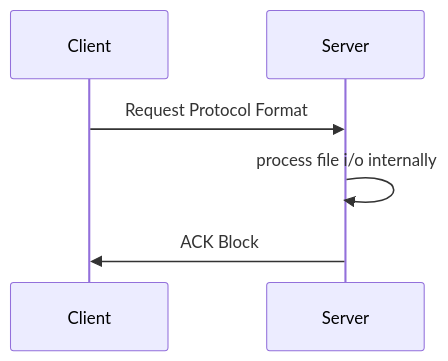
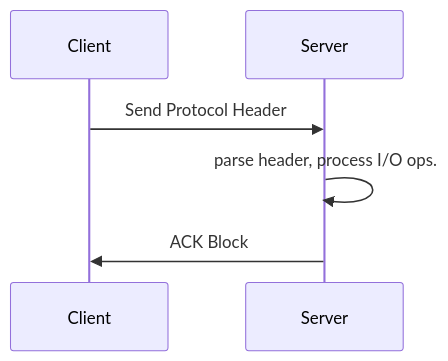
Before and after one commit to BenYoo-ben/LightFileExplorer: the fifth of 5 diagrams in file_server/README.md, drawn with Mermaid. The commit also changed other lines of this file, not shown here.

Commit message:
Update File Server README

````diff
--- a/file_server/README.md
+++ b/file_server/README.md
@@ -97,8 +127,8 @@
 ```mermaid
 sequenceDiagram
-    Client->>Server: Request Protocol Format
+    Client->>Server: Send Protocol Header
 
-    Server->>Server: process file i/o internally
+    Server->>Server: parse header, process I/O ops.
     
     Server->>Client: ACK Block
 ```
````
